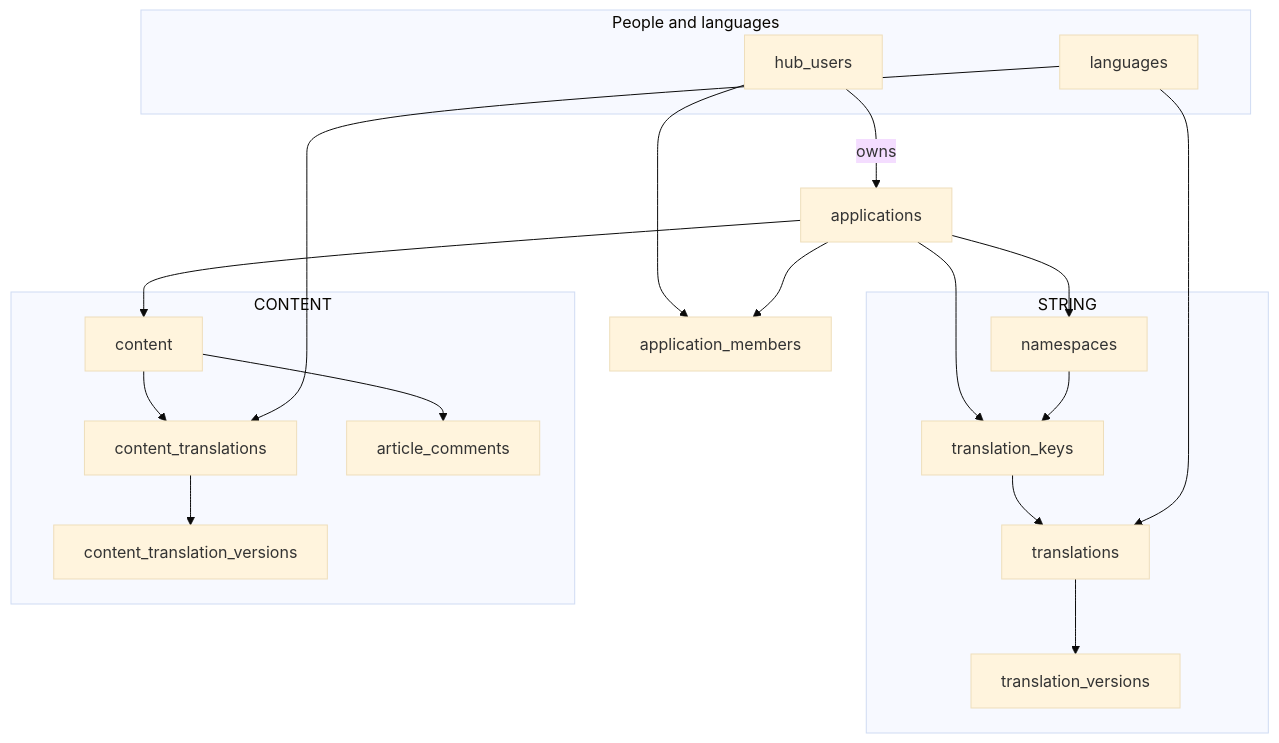
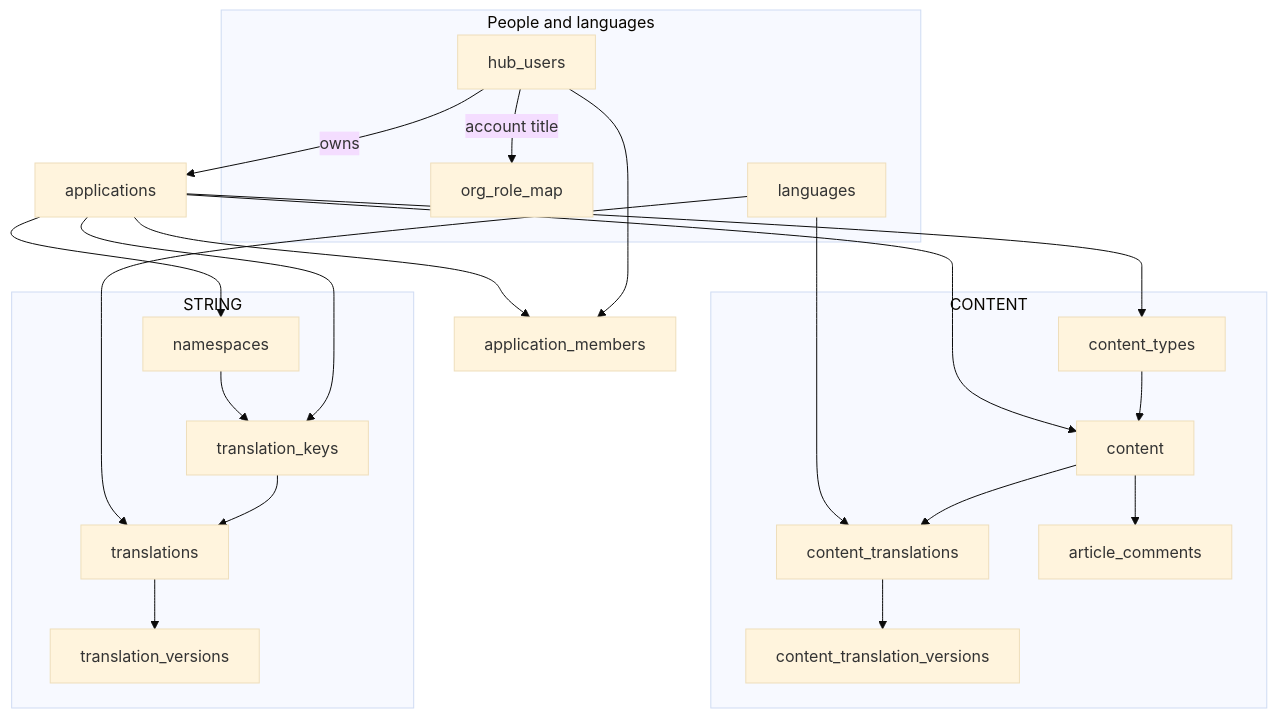
Before and after one commit to alanwongsh/mrdiy-lingo: the ninth of 10 diagrams in docs/lark-diagrams.md, drawn with Mermaid (base theme). The commit also changed other lines of this file and 4 other files, not shown here.

````diff
--- a/docs/lark-diagrams.md
+++ b/docs/lark-diagrams.md
@@ -147,37 +159,42 @@
 ```mermaid
 flowchart TB
   subgraph people [People and languages]
     Users[hub_users]
+    Map[org_role_map]
     Lang[languages]
   end
   Apps[applications]
   Members[application_members]
   Users -->|owns| Apps
   Users --> Members
+  Users -->|account title| Map
   Apps --> Members
 
   subgraph strings [STRING]
     NS[namespaces]
     Keys[translation_keys]
     Tr[translations]
     TV[translation_versions]
   end
   Apps --> NS
   Apps --> Keys
   NS --> Keys
   Keys --> Tr
   Lang --> Tr
   Tr --> TV
 
   subgraph press [CONTENT]
+    Types[content_types]
     Content[content]
     CT[content_translations]
     CV[content_translation_versions]
     Comments[article_comments]
   end
+  Apps --> Types
+  Types --> Content
   Apps --> Content
   Content --> CT
   Lang --> CT
   CT --> CV
   Content --> Comments
 ```
````
